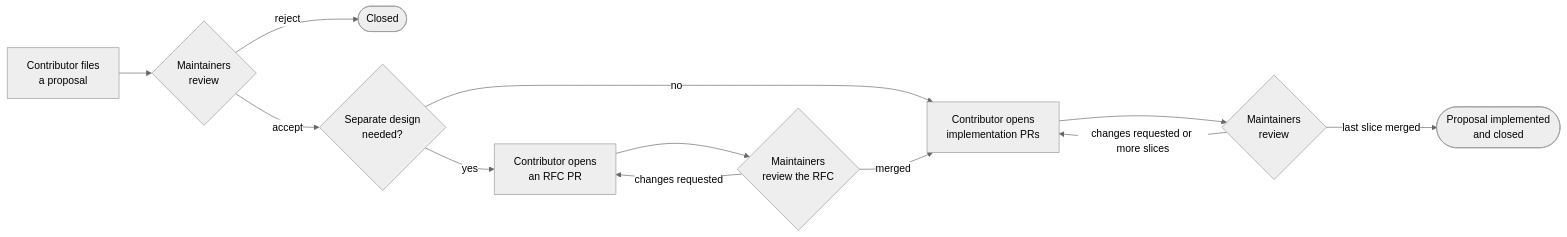
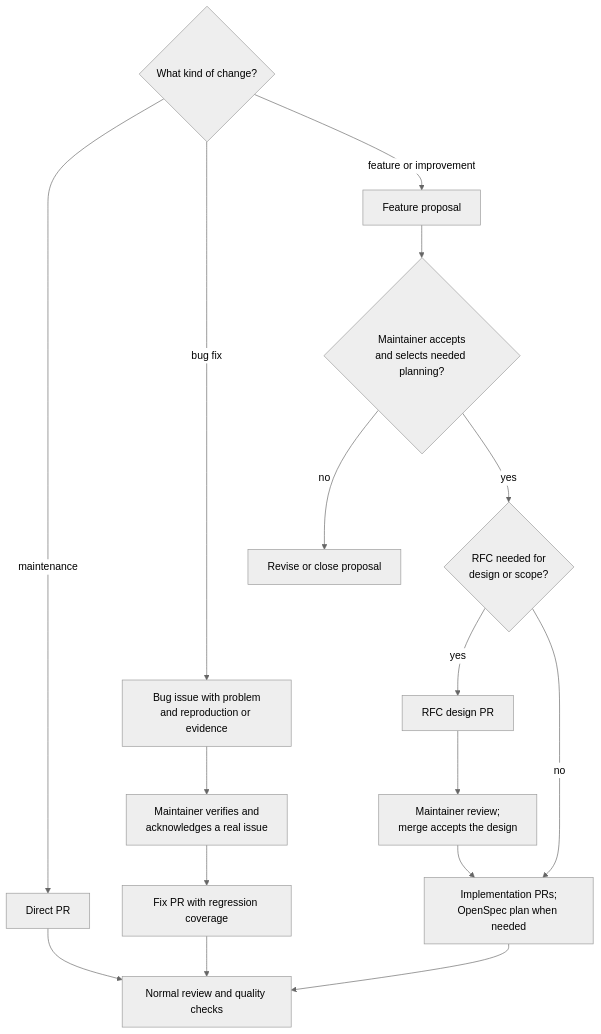
One commit to grafana/gcx changed the diagram in CONTRIBUTING.md. Above: the diagram before and after it, drawn with Mermaid (neutral theme). The commit also changed other lines of this file and 29 other files, not shown here.

````diff
--- a/CONTRIBUTING.md
+++ b/CONTRIBUTING.md
@@ -119,14 +24,19 @@
 ```mermaid
-flowchart LR
-    P["Contributor files<br/>a proposal"] --> D{"Maintainers<br/>review"}
-    D -->|reject| X(["Closed"])
-    D -->|accept| S{"Separate design<br/>needed?"}
-    S -->|yes| R["Contributor opens<br/>an RFC PR"]
-    S -->|no| I["Contributor opens<br/>implementation PRs"]
-    R --> RR{"Maintainers<br/>review the RFC"}
-    RR -->|changes requested| R
-    RR -->|merged| I
-    I --> IR{"Maintainers<br/>review"}
-    IR -->|changes requested or more slices| I
-    IR -->|last slice merged| C(["Proposal implemented<br/>and closed"])
+flowchart TD
+    W{"What kind of change?"}
+    W -->|maintenance| M["Direct PR"]
+    W -->|bug fix| B["Bug issue with problem<br/>and reproduction or evidence"]
+    B --> V["Maintainer verifies and<br/>acknowledges a real issue"]
+    V --> F["Fix PR with regression coverage"]
+    W -->|feature or improvement| P["Feature proposal"]
+    P --> A{"Maintainer accepts<br/>and selects needed planning?"}
+    A -->|no| X["Revise or close proposal"]
+    A -->|yes| D{"RFC needed for<br/>design or scope?"}
+    D -->|yes| R["RFC design PR"]
+    R --> RM["Maintainer review;<br/>merge accepts the design"]
+    RM --> I["Implementation PRs;<br/>OpenSpec plan when needed"]
+    D -->|no| I
+    M --> Q["Normal review and quality checks"]
+    F --> Q
+    I --> Q
 ```
````
